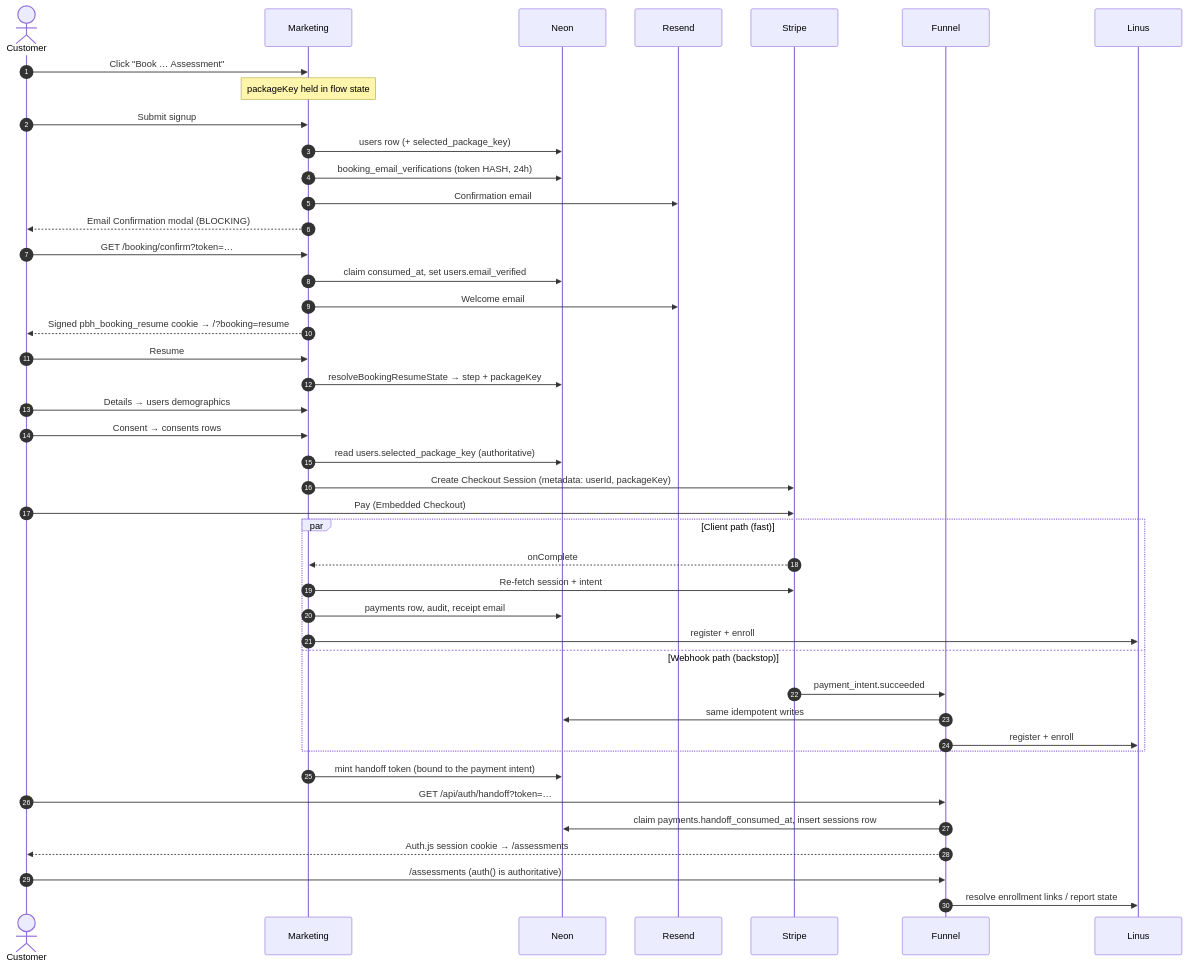
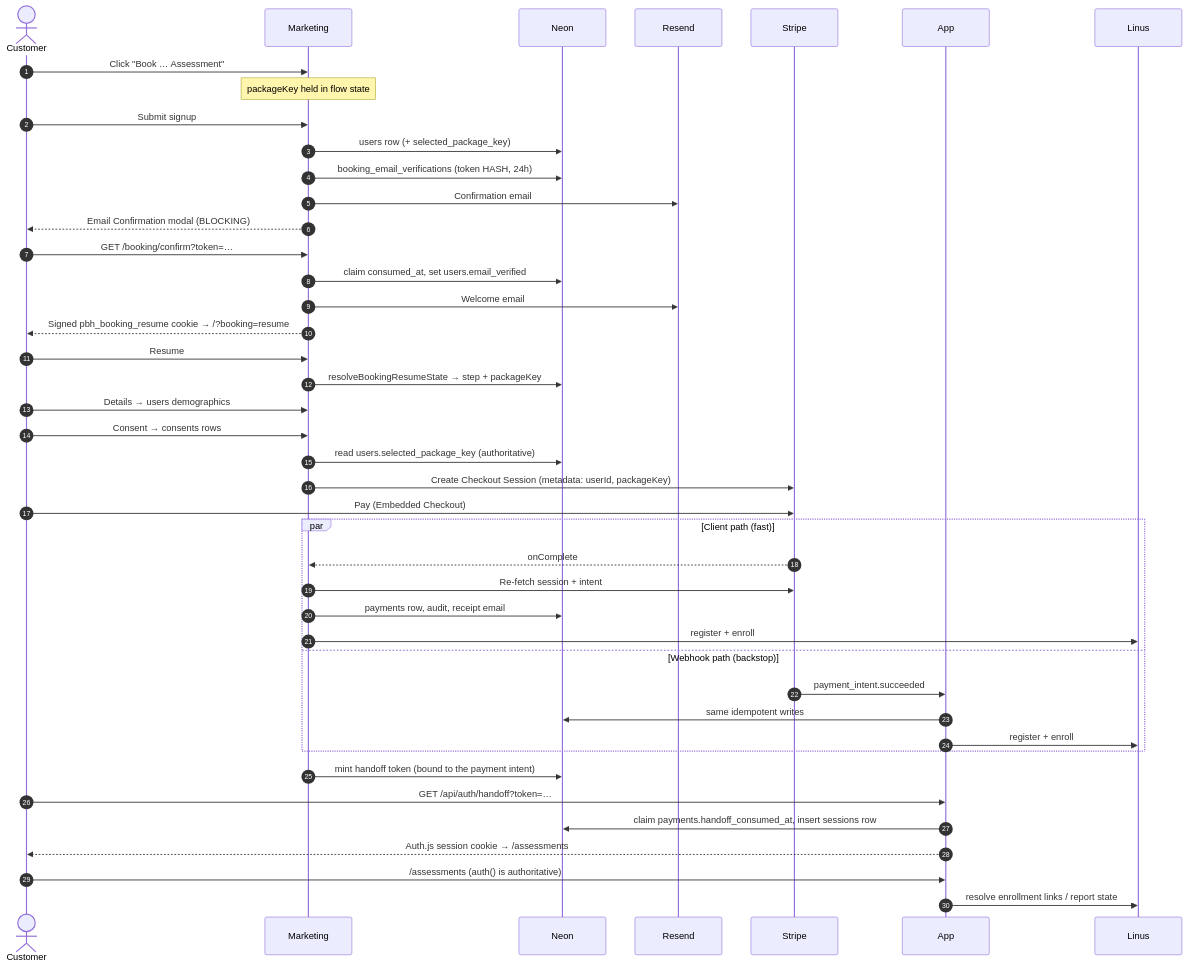
One commit to dbates-commits/primary-brain-health changed the first of 2 diagrams in docs/booking-flow.md. Above: the diagram before and after it, drawn with Mermaid. The commit also changed other lines of this file and 51 other files, not shown here.

````diff
--- a/docs/booking-flow.md
+++ b/docs/booking-flow.md
@@ -30,51 +30,51 @@
 ```mermaid
 sequenceDiagram
     autonumber
     actor C as Customer
     participant M as Marketing
     participant DB as Neon
     participant R as Resend
     participant S as Stripe
-    participant F as Funnel
+    participant F as App
     participant L as Linus
 
     C->>M: Click "Book … Assessment"
     Note over M: packageKey held in flow state
     C->>M: Submit signup
     M->>DB: users row (+ selected_package_key)
     M->>DB: booking_email_verifications (token HASH, 24h)
     M->>R: Confirmation email
     M-->>C: Email Confirmation modal (BLOCKING)
 
     C->>M: GET /booking/confirm?token=…
     M->>DB: claim consumed_at, set users.email_verified
     M->>R: Welcome email
     M-->>C: Signed pbh_booking_resume cookie → /?booking=resume
 
     C->>M: Resume
     M->>DB: resolveBookingResumeState → step + packageKey
     C->>M: Details → users demographics
     C->>M: Consent → consents rows
 
     M->>DB: read users.selected_package_key (authoritative)
     M->>S: Create Checkout Session (metadata: userId, packageKey)
     C->>S: Pay (Embedded Checkout)
 
     par Client path (fast)
         S-->>M: onComplete
         M->>S: Re-fetch session + intent
         M->>DB: payments row, audit, receipt email
         M->>L: register + enroll
     and Webhook path (backstop)
         S->>F: payment_intent.succeeded
         F->>DB: same idempotent writes
         F->>L: register + enroll
     end
 
     M->>DB: mint handoff token (bound to the payment intent)
     C->>F: GET /api/auth/handoff?token=…
     F->>DB: claim payments.handoff_consumed_at, insert sessions row
     F-->>C: Auth.js session cookie → /assessments
     C->>F: /assessments (auth() is authoritative)
     F->>L: resolve enrollment links / report state
 ```
````
